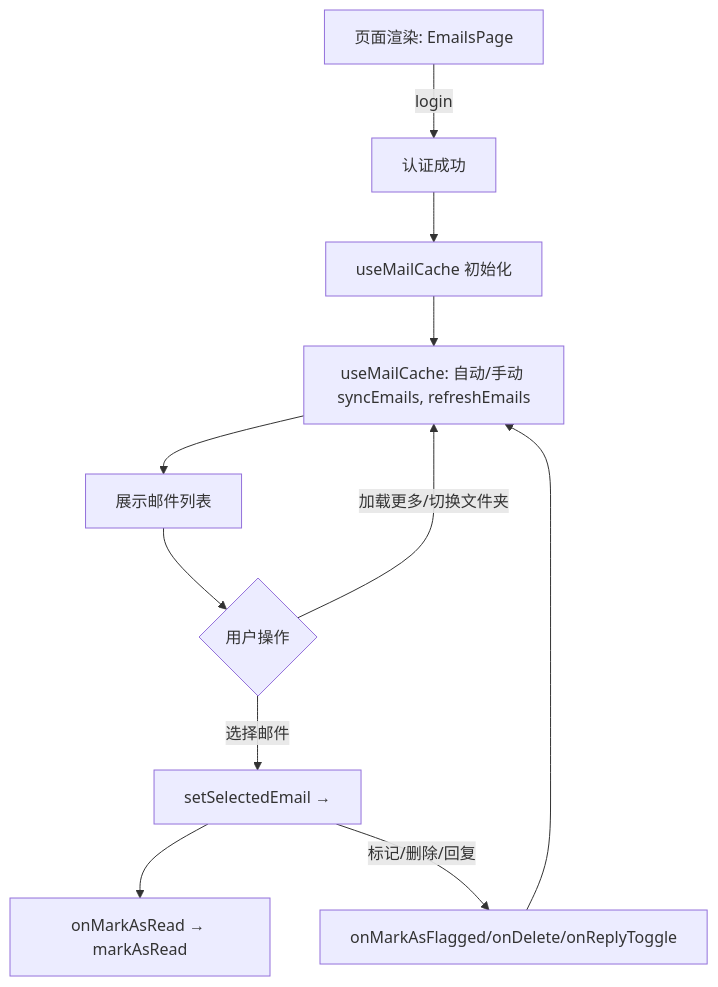
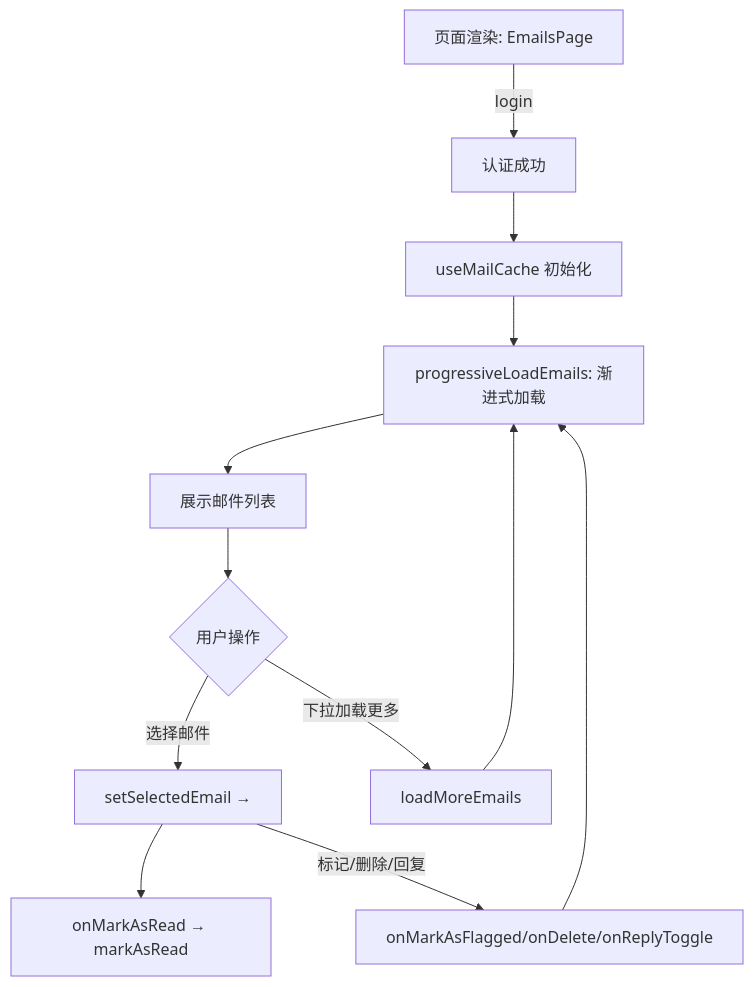
One commit to hanbinChen97/saas-starter changed the third of 11 diagrams in app/lib/email-service/email.md. Above: the diagram before and after it, drawn with Mermaid. The commit also changed other lines of this file and 15 other files, not shown here.

````diff
--- a/app/lib/email-service/email.md
+++ b/app/lib/email-service/email.md
@@ -2,14 +116,15 @@
 ```mermaid
 flowchart TD
     A[页面渲染: EmailsPage] --login --> D[认证成功]
     D --> E[useMailCache 初始化]    
-    E --> F[useMailCache: 自动/手动 syncEmails, refreshEmails]
+    E --> F[progressiveLoadEmails: 渐进式加载]
     
     F --> G[<EmailList> 展示邮件列表]
     G --> H{用户操作}
     H -- 选择邮件 --> I[setSelectedEmail → <EmailView>]
     I --> J[onMarkAsRead → markAsRead]
-    H -- 加载更多/切换文件夹 --> F
-    I -- 标记/删除/回复 --> K[onMarkAsFlagged/onDelete/onReplyToggle]
+    H -- 下拉加载更多 --> K[loadMoreEmails]
     K --> F
+    I -- 标记/删除/回复 --> L[onMarkAsFlagged/onDelete/onReplyToggle]
+    L --> F
 ```
````
